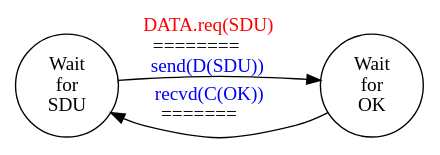
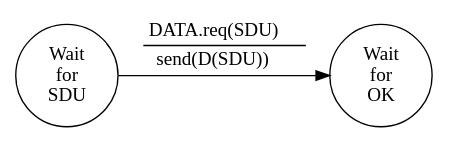
One commit to obonaventure/cnp3 changed the first of 2 diagrams in book-2nd/principles/reliability.rst. Above: the diagram before and after it, drawn with Graphviz. The commit also changed other lines of this file and 5 other files, not shown here.

```diff
--- a/book-2nd/principles/reliability.rst
+++ b/book-2nd/principles/reliability.rst
@@ -359,7 +361,13 @@
-.. digraph:: sender
-
+  .. digraph:: sender
 	rankdir=LR;
 	node [shape = circle label="Wait\nfor\nSDU"] Wait_SDU; 
 	node [shape = circle label="Wait\nfor\n\OK"] Wait_OK;
-	Wait_SDU -> Wait_OK [label=<<font color="red">DATA.req(SDU)</font><br/>========<br/><font color="blue">send(D(SDU))</font>>]; 
-	Wait_OK -> Wait_SDU [label=<<font color="blue">recvd(C(OK))</font><br/>=======<br/>>]; 
+	Wait_SDU -> Wait_OK[label= <<TABLE BORDER="0" CELLBORDER="0">
+                       <TR>
+                          <TD>DATA.req(SDU)</TD>
+                       </TR>
+		       <hr/>
+                       <TR>
+                          <TD>send(D(SDU))</TD>
+                       </TR>
+                    </TABLE>>];
```
